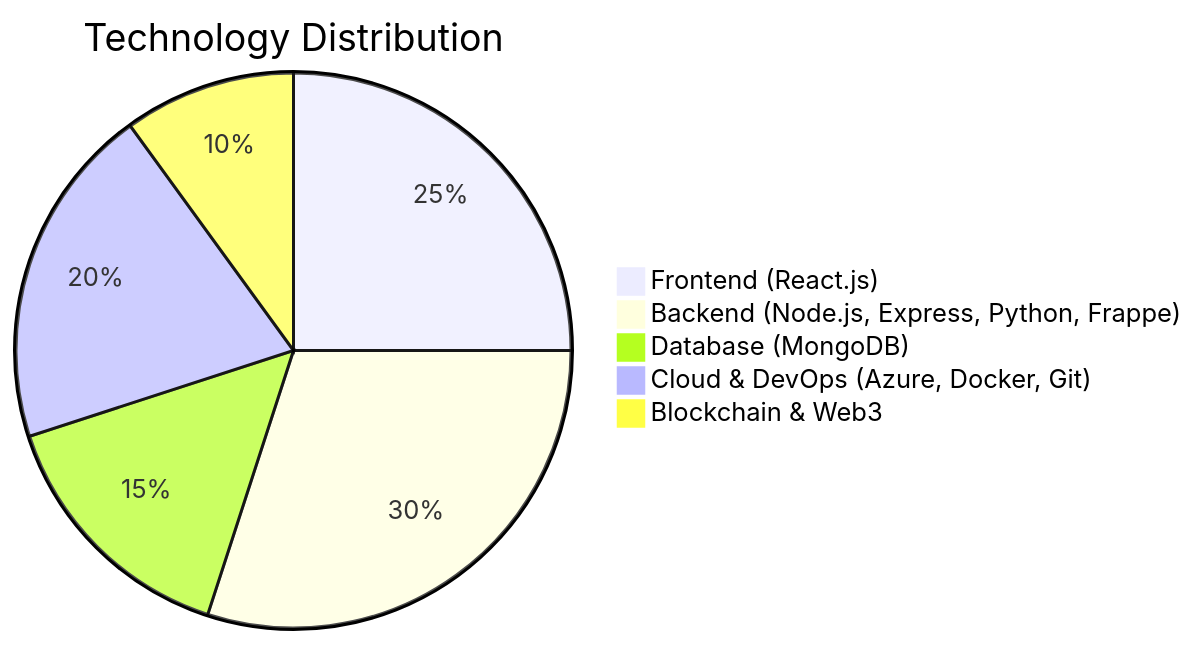
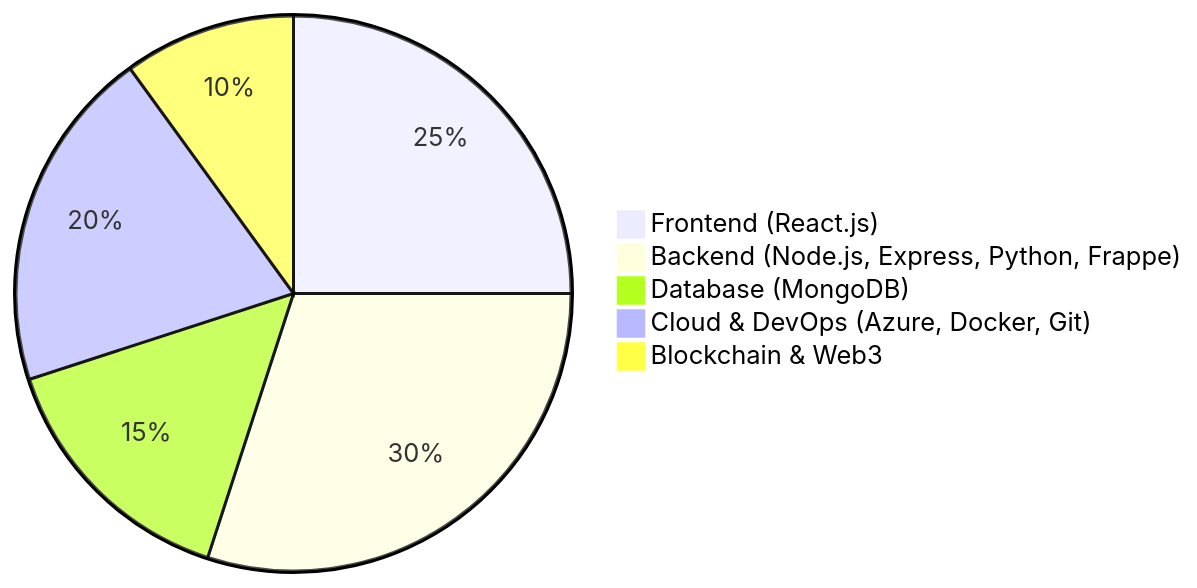
The first of 2 diagrams in README.md (udaycodespace/udaycodespace), drawn with Mermaid before and after one commit. The commit also changed other lines of this file, not shown here.

Commit message:
docs: enhance GitHub profile README
## Summary

This updates my GitHub profile README to better reflect my current work, open-source contributions, and active projects.

### Changes
- Added LearnHub as a featured project.
- Highlighted LearnHub as an official ECSoC 2026 project where I serve as Project Admin.
- Refreshed the Featured Projects section with improved descriptions.
- Updated the Current Focus section to reflect ongoing work on LearnHub, open source, and cloud technologies.
- Improved overall readability and organization of the profile.
- Kept the existing terminal-style layout, Mermaid diagrams, and project showcase intact.

### Goal
Provide visitors with a more accurate overview of my current work, technical interests, and open-source involvement while making the profile easier to navigate.

````diff
--- a/README.md
+++ b/README.md
@@ -74,8 +74,8 @@
 ```mermaid
-pie title Technology Distribution
+pie title 
     "Frontend (React.js)" : 25
     "Backend (Node.js, Express, Python, Frappe)" : 30
     "Database (MongoDB)" : 15
     "Cloud & DevOps (Azure, Docker, Git)" : 20
     "Blockchain & Web3" : 10
 ```
````
